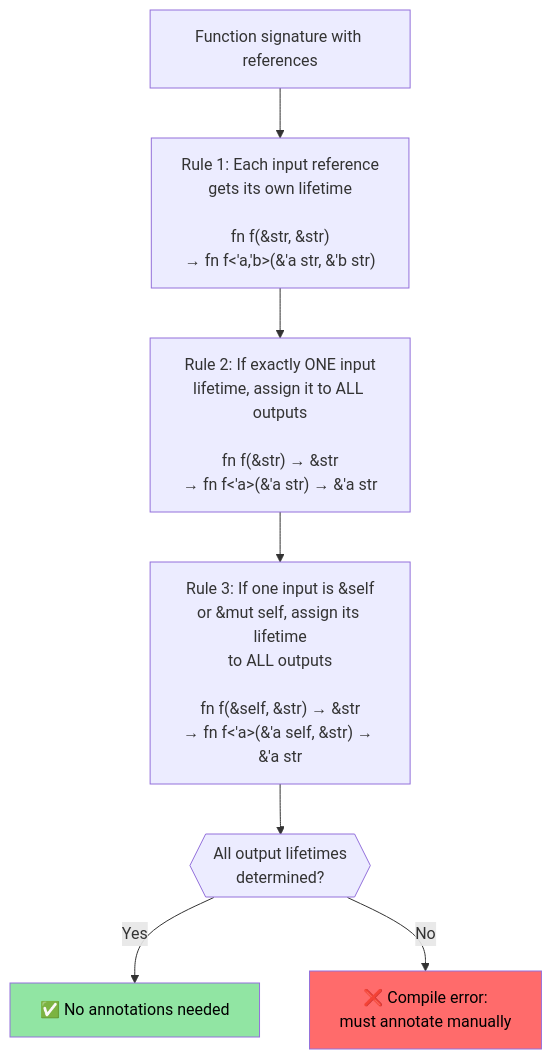
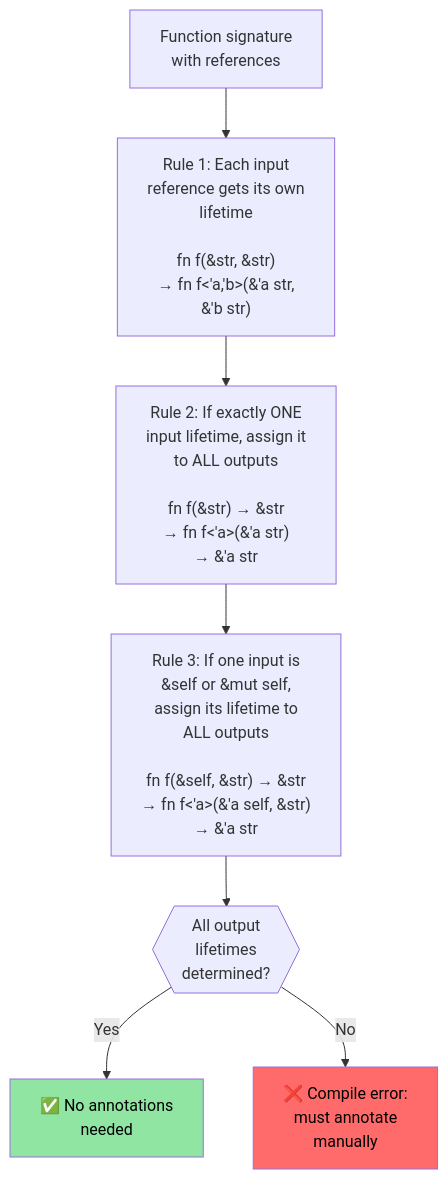
The diagram in content/c-cpp-book/ch07-1-lifetimes-and-borrowing-deep-dive.md (ruhankhandakar/rust-learning-microsoft), drawn with Mermaid before and after one commit. The commit also changed 5 other files, not shown here.

````diff
--- a/content/c-cpp-book/ch07-1-lifetimes-and-borrowing-deep-dive.md
+++ b/content/c-cpp-book/ch07-1-lifetimes-and-borrowing-deep-dive.md
@@ -182,15 +182,15 @@
 ```mermaid
 flowchart TD
-    A["Function signature with references"] --> R1
-    R1["Rule 1: Each input reference<br/>gets its own lifetime<br/><br/>fn f(&str, &str)<br/>→ fn f<'a,'b>(&'a str, &'b str)"]
+    A["Function signature<br/>with references"] --> R1
+    R1["Rule 1: Each input<br/>reference gets its own<br/>lifetime<br/><br/>fn f(&amp;str, &amp;str)<br/>→ fn f&lt;'a,'b&gt;(&amp;'a str,<br/>&amp;'b str)"]
     R1 --> R2
-    R2["Rule 2: If exactly ONE input<br/>lifetime, assign it to ALL outputs<br/><br/>fn f(&str) → &str<br/>→ fn f<'a>(&'a str) → &'a str"]
+    R2["Rule 2: If exactly ONE<br/>input lifetime, assign it<br/>to ALL outputs<br/><br/>fn f(&amp;str) → &amp;str<br/>→ fn f&lt;'a&gt;(&amp;'a str)<br/>→ &amp;'a str"]
     R2 --> R3
-    R3["Rule 3: If one input is &self<br/>or &mut self, assign its lifetime<br/>to ALL outputs<br/><br/>fn f(&self, &str) → &str<br/>→ fn f<'a>(&'a self, &str) → &'a str"]
-    R3 --> CHECK{{"All output lifetimes<br/>determined?"}}
-    CHECK -->|"Yes"| OK["✅ No annotations needed"]
-    CHECK -->|"No"| ERR["❌ Compile error:<br/>must annotate manually"]
+    R3["Rule 3: If one input is<br/>&amp;self or &amp;mut self,<br/>assign its lifetime to<br/>ALL outputs<br/><br/>fn f(&amp;self, &amp;str) → &amp;str<br/>→ fn f&lt;'a&gt;(&amp;'a self, &amp;str)<br/>→ &amp;'a str"]
+    R3 --> CHECK{{"All output<br/>lifetimes<br/>determined?"}}
+    CHECK -->|Yes| OK["✅ No annotations<br/>needed"]
+    CHECK -->|No| ERR["❌ Compile error:<br/>must annotate<br/>manually"]
     
     style OK fill:#91e5a3,color:#000
     style ERR fill:#ff6b6b,color:#000
 ```
````
